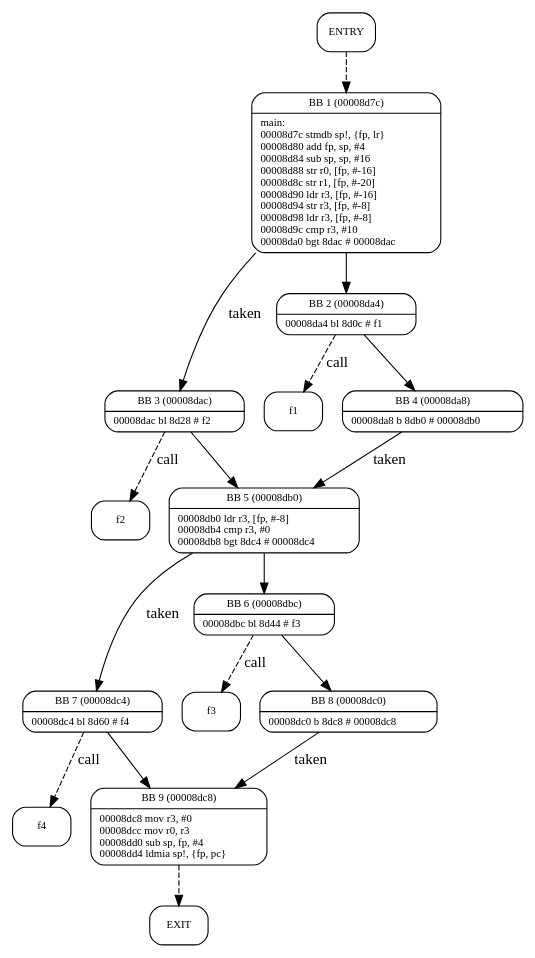
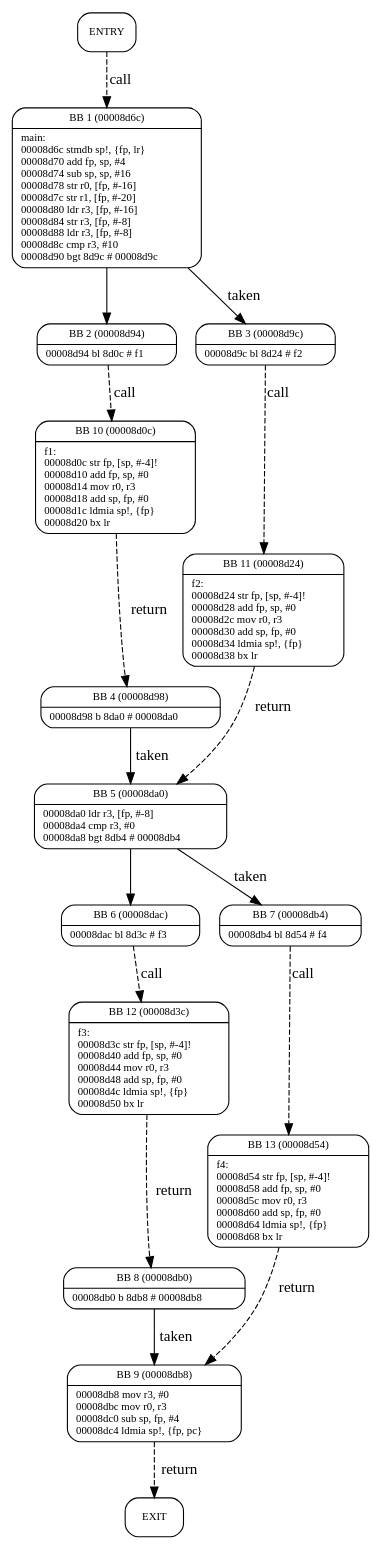
The diagram in benchmarks/if_then_else_2seq_noopt/if_then_else_2seq_noopt.dot (Dune-jr/pathfinder), drawn with Graphviz before and after one commit. The commit also changed 10 other files, not shown here.

```diff
--- a/benchmarks/if_then_else_2seq_noopt/if_then_else_2seq_noopt.dot
+++ b/benchmarks/if_then_else_2seq_noopt/if_then_else_2seq_noopt.dot
@@ -1,34 +1,34 @@
 digraph main{
 node [shape=Mrecord, labeljust=l, fontsize=10];
 	"0" [label="ENTRY"]
-	"0" -> "1" [style=dashed, weight=1];
-	"1" [label="{BB 1 (00008d7c) | main:\l00008d7c    stmdb sp!, \{fp, lr\}\l00008d80    add fp, sp, #4\l00008d84    sub sp, sp, #16\l00008d88    str r0, [fp, #-16]\l00008d8c    str r1, [fp, #-20]\l00008d90    ldr r3, [fp, #-16]\l00008d94    str r3, [fp, #-8]\l00008d98    ldr r3, [fp, #-8]\l00008d9c    cmp r3, #10\l00008da0    bgt 8dac    # 00008dac\l }"]
+	"0" -> "1" [label="call", style=dashed, weight=2];
+	"1" [label="{BB 1 (00008d6c) | main:\l00008d6c    stmdb sp!, \{fp, lr\}\l00008d70    add fp, sp, #4\l00008d74    sub sp, sp, #16\l00008d78    str r0, [fp, #-16]\l00008d7c    str r1, [fp, #-20]\l00008d80    ldr r3, [fp, #-16]\l00008d84    str r3, [fp, #-8]\l00008d88    ldr r3, [fp, #-8]\l00008d8c    cmp r3, #10\l00008d90    bgt 8d9c    # 00008d9c\l }"]
+	"1" -> "2" [weight=4];
 	"1" -> "3" [label="taken", weight=3];
-	"1" -> "2" [weight=4];
-	"2" [label="{BB 2 (00008da4) | 00008da4    bl 8d0c    # f1\l }"]
-	"0000000003122d70f1" [label="f1"]
-	"2" -> "0000000003122d70f1" [label="call", style=dashed, weight=1]
-	"2" -> "4" [weight=4];
-	"3" [label="{BB 3 (00008dac) | 00008dac    bl 8d28    # f2\l }"]
-	"0000000003122b40f2" [label="f2"]
-	"3" -> "0000000003122b40f2" [label="call", style=dashed, weight=1]
-	"3" -> "5" [weight=4];
-	"4" [label="{BB 4 (00008da8) | 00008da8    b 8db0    # 00008db0\l }"]
+	"2" [label="{BB 2 (00008d94) | 00008d94    bl 8d0c    # f1\l }"]
+	"2" -> "10" [label="call", style=dashed, weight=2];
+	"3" [label="{BB 3 (00008d9c) | 00008d9c    bl 8d24    # f2\l }"]
+	"3" -> "11" [label="call", style=dashed, weight=2];
+	"4" [label="{BB 4 (00008d98) | 00008d98    b 8da0    # 00008da0\l }"]
 	"4" -> "5" [label="taken", weight=3];
-	"5" [label="{BB 5 (00008db0) | 00008db0    ldr r3, [fp, #-8]\l00008db4    cmp r3, #0\l00008db8    bgt 8dc4    # 00008dc4\l }"]
+	"5" [label="{BB 5 (00008da0) | 00008da0    ldr r3, [fp, #-8]\l00008da4    cmp r3, #0\l00008da8    bgt 8db4    # 00008db4\l }"]
+	"5" -> "6" [weight=4];
 	"5" -> "7" [label="taken", weight=3];
-	"5" -> "6" [weight=4];
-	"6" [label="{BB 6 (00008dbc) | 00008dbc    bl 8d44    # f3\l }"]
-	"0000000003122440f3" [label="f3"]
-	"6" -> "0000000003122440f3" [label="call", style=dashed, weight=1]
-	"6" -> "8" [weight=4];
-	"7" [label="{BB 7 (00008dc4) | 00008dc4    bl 8d60    # f4\l }"]
-	"0000000003122240f4" [label="f4"]
-	"7" -> "0000000003122240f4" [label="call", style=dashed, weight=1]
-	"7" -> "9" [weight=4];
-	"8" [label="{BB 8 (00008dc0) | 00008dc0    b 8dc8    # 00008dc8\l }"]
+	"6" [label="{BB 6 (00008dac) | 00008dac    bl 8d3c    # f3\l }"]
+	"6" -> "12" [label="call", style=dashed, weight=2];
+	"7" [label="{BB 7 (00008db4) | 00008db4    bl 8d54    # f4\l }"]
+	"7" -> "13" [label="call", style=dashed, weight=2];
+	"8" [label="{BB 8 (00008db0) | 00008db0    b 8db8    # 00008db8\l }"]
 	"8" -> "9" [label="taken", weight=3];
-	"9" [label="{BB 9 (00008dc8) | 00008dc8    mov r3, #0\l00008dcc    mov r0, r3\l00008dd0    sub sp, fp, #4\l00008dd4    ldmia sp!, \{fp, pc\}\l }"]
-	"9" -> "10" [style=dashed, weight=1];
-	"10" [label="EXIT"]
+	"9" [label="{BB 9 (00008db8) | 00008db8    mov r3, #0\l00008dbc    mov r0, r3\l00008dc0    sub sp, fp, #4\l00008dc4    ldmia sp!, \{fp, pc\}\l }"]
+	"9" -> "14" [label="return", style=dashed, weight=2];
+	"10" [label="{BB 10 (00008d0c) | f1:\l00008d0c    str fp, [sp, #-4]!\l00008d10    add fp, sp, #0\l00008d14    mov r0, r3\l00008d18    add sp, fp, #0\l00008d1c    ldmia sp!, \{fp\}\l00008d20    bx lr\l }"]
+	"10" -> "4" [label="return", style=dashed, weight=2];
+	"11" [label="{BB 11 (00008d24) | f2:\l00008d24    str fp, [sp, #-4]!\l00008d28    add fp, sp, #0\l00008d2c    mov r0, r3\l00008d30    add sp, fp, #0\l00008d34    ldmia sp!, \{fp\}\l00008d38    bx lr\l }"]
+	"11" -> "5" [label="return", style=dashed, weight=2];
+	"12" [label="{BB 12 (00008d3c) | f3:\l00008d3c    str fp, [sp, #-4]!\l00008d40    add fp, sp, #0\l00008d44    mov r0, r3\l00008d48    add sp, fp, #0\l00008d4c    ldmia sp!, \{fp\}\l00008d50    bx lr\l }"]
+	"12" -> "8" [label="return", style=dashed, weight=2];
+	"13" [label="{BB 13 (00008d54) | f4:\l00008d54    str fp, [sp, #-4]!\l00008d58    add fp, sp, #0\l00008d5c    mov r0, r3\l00008d60    add sp, fp, #0\l00008d64    ldmia sp!, \{fp\}\l00008d68    bx lr\l }"]
+	"13" -> "9" [label="return", style=dashed, weight=2];
+	"14" [label="EXIT"]
 }
```
